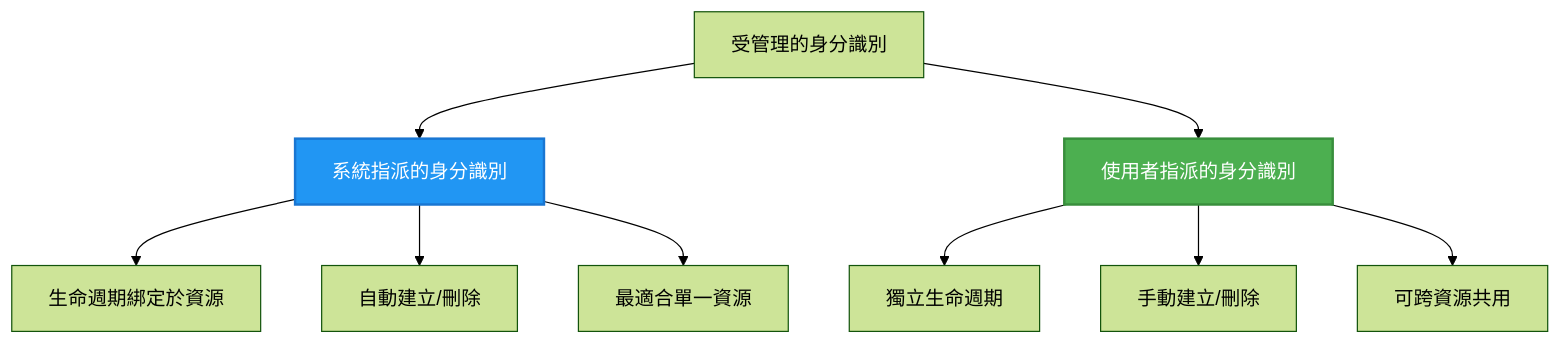
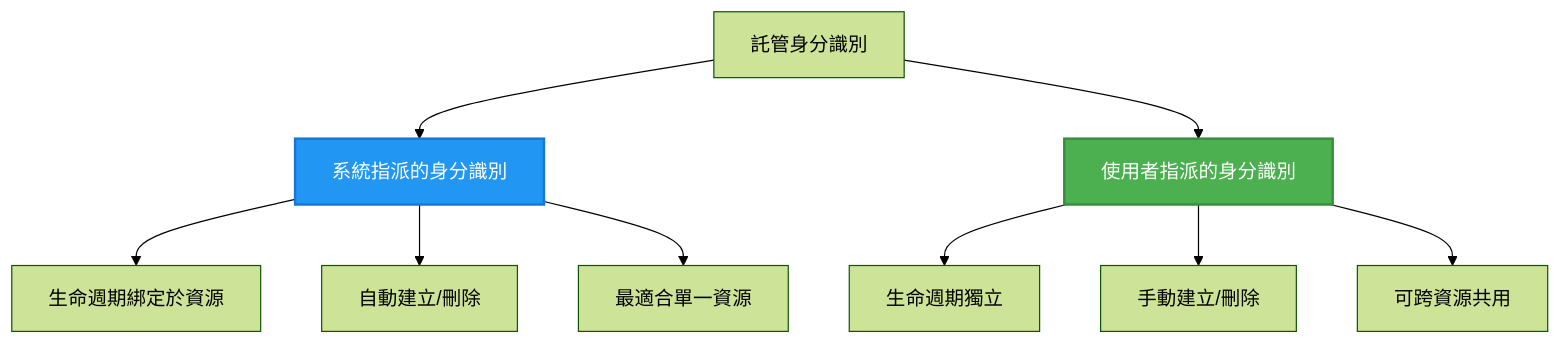
The second of 2 diagrams in translations/zh-TW/docs/chapter-03-configuration/authsecurity.md (microsoft/AZD-for-beginners), drawn with Mermaid (forest theme) before and after one commit. The commit also changed other lines of this file and 104 other files, not shown here.

````diff
--- a/translations/zh-TW/docs/chapter-03-configuration/authsecurity.md
+++ b/translations/zh-TW/docs/chapter-03-configuration/authsecurity.md
@@ -97,20 +98,20 @@
 ```mermaid
 graph TB
-    MI[受管理的身分識別]
+    MI[託管身分識別]
     SystemAssigned[系統指派的身分識別]
     UserAssigned[使用者指派的身分識別]
     
     MI --> SystemAssigned
     MI --> UserAssigned
     
     SystemAssigned --> SA1[生命週期綁定於資源]
     SystemAssigned --> SA2[自動建立/刪除]
     SystemAssigned --> SA3[最適合單一資源]
     
-    UserAssigned --> UA1[獨立生命週期]
+    UserAssigned --> UA1[生命週期獨立]
     UserAssigned --> UA2[手動建立/刪除]
     UserAssigned --> UA3[可跨資源共用]
     
     style SystemAssigned fill:#2196F3,stroke:#1976D2,stroke-width:2px,color:#fff
     style UserAssigned fill:#4CAF50,stroke:#388E3C,stroke-width:2px,color:#fff
 ```
````
